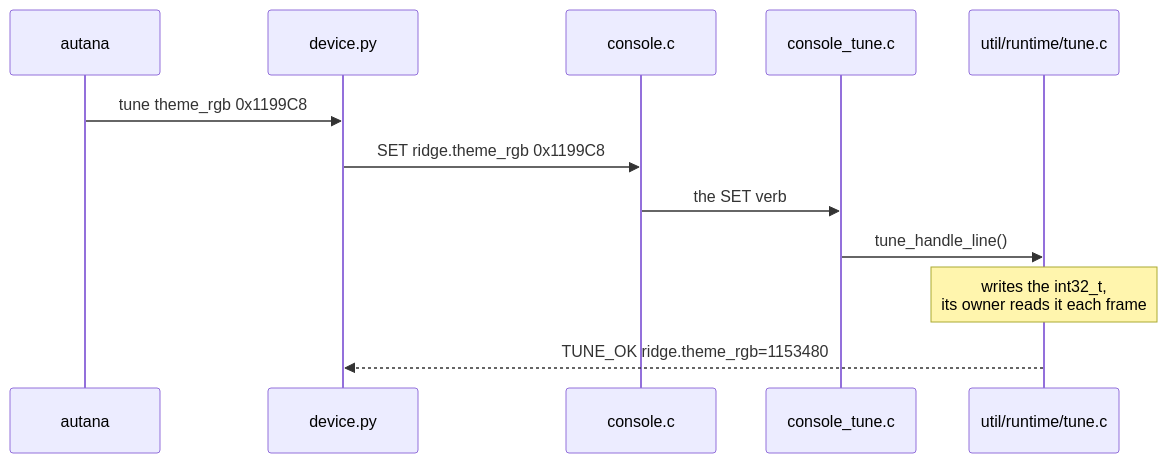
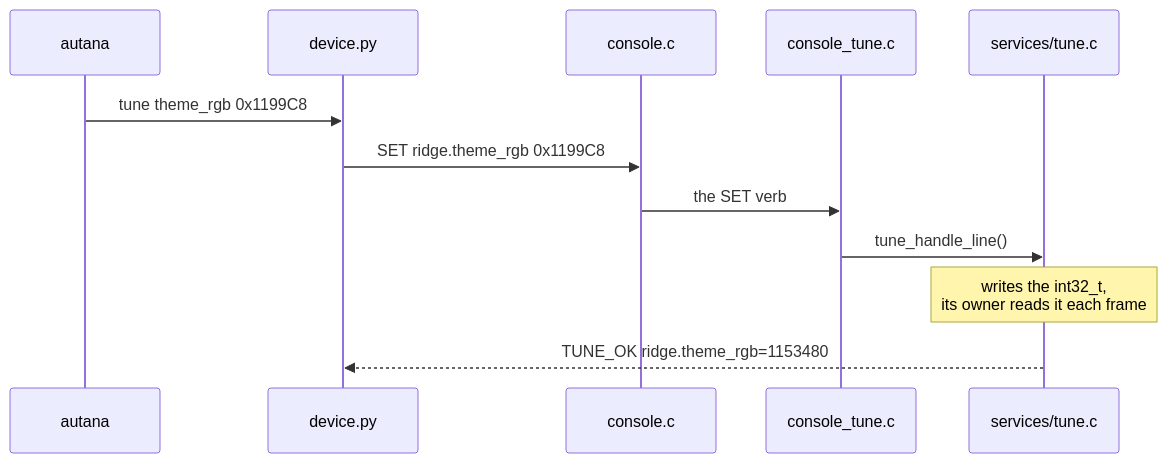
The diagram in docs/tools/Live-Tuning.md (jose-villegas/autana), drawn with Mermaid before and after one commit. The commit also changed other lines of this file and 332 other files, not shown here.

````diff
--- a/docs/tools/Live-Tuning.md
+++ b/docs/tools/Live-Tuning.md
@@ -53,14 +53,14 @@
 ```mermaid
 sequenceDiagram
     participant T as autana
     participant D as device.py
     participant C as console.c
     participant S as console_tune.c
-    participant R as util/runtime/tune.c
+    participant R as services/tune.c
     T->>D: tune theme_rgb 0x1199C8
     D->>C: SET ridge.theme_rgb 0x1199C8
     C->>S: the SET verb
     S->>R: tune_handle_line()
     Note over R: writes the int32_t,<br/>its owner reads it each frame
     R-->>D: TUNE_OK ridge.theme_rgb=1153480
 ```
````
